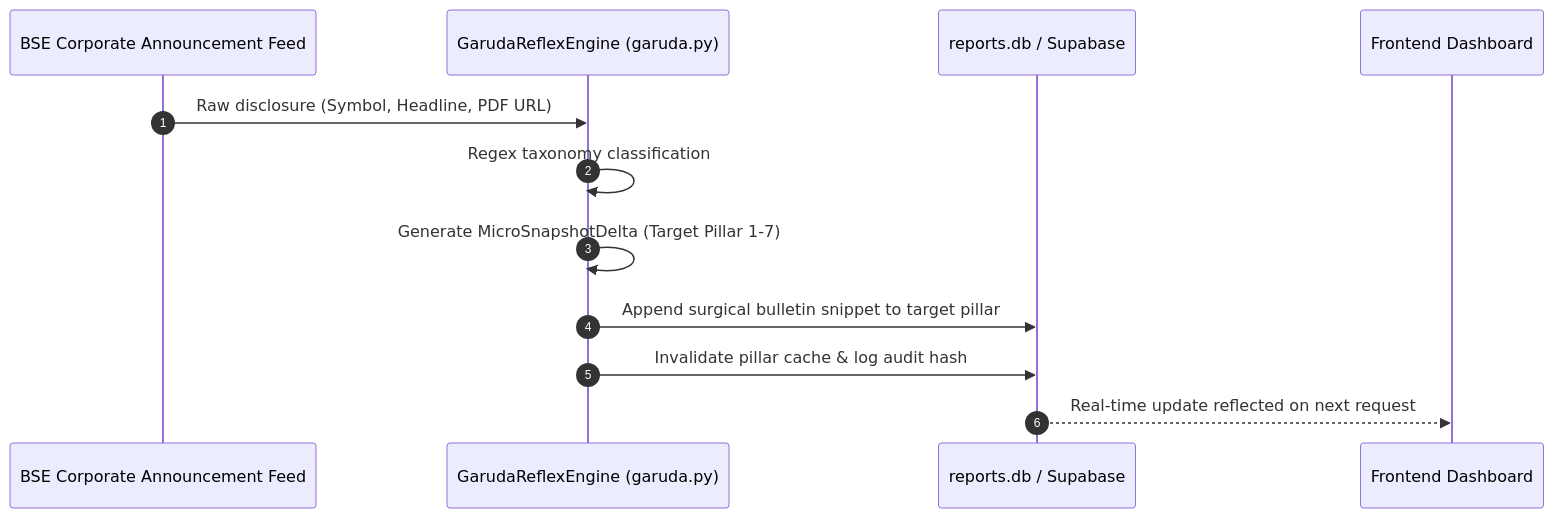
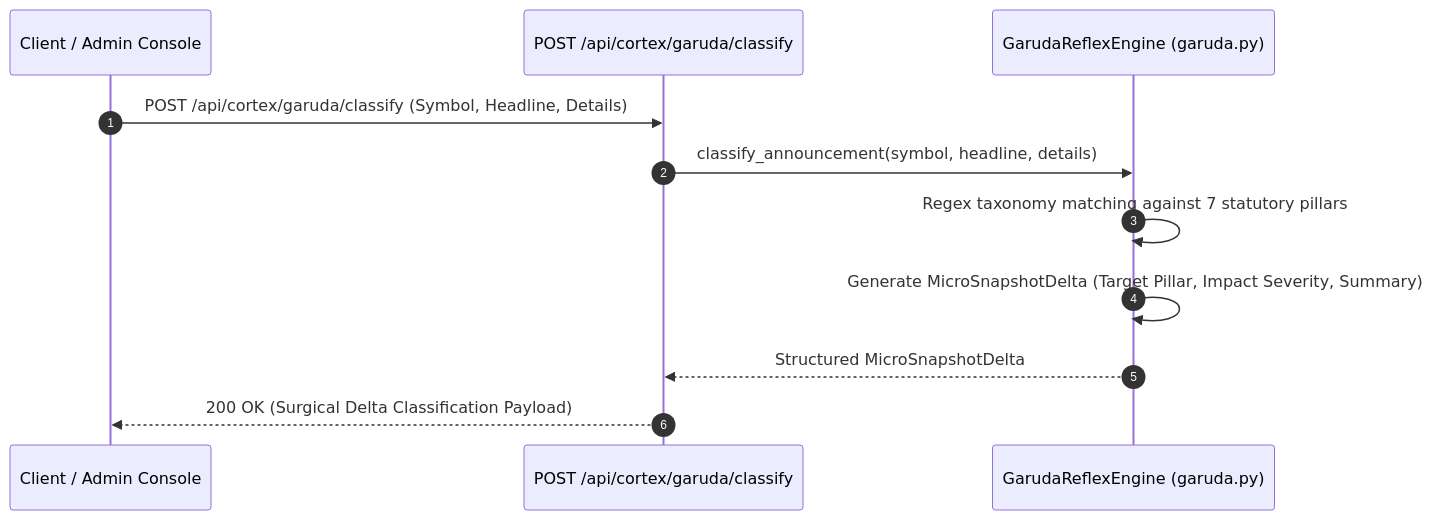
One commit to jaktheripper-bot/Stock_Research_App changed the third of 4 diagrams in docs/MASTER_ENGINEERING_MANUAL.md. Above: the diagram before and after it, drawn with Mermaid. The commit also changed other lines of this file and 4 other files, not shown here.

Commit message:
docs: correct omissions, route errors, and pipeline hallucinations across architecture manuals

````diff
--- a/docs/MASTER_ENGINEERING_MANUAL.md
+++ b/docs/MASTER_ENGINEERING_MANUAL.md
@@ -210,15 +225,14 @@
 ```mermaid
 sequenceDiagram
     autonumber
-    participant Feed as BSE Corporate Announcement Feed
+    participant Client as Client / Admin Console
+    participant Router as POST /api/cortex/garuda/classify
     participant Garuda as GarudaReflexEngine (garuda.py)
-    participant DB as reports.db / Supabase
-    participant Client as Frontend Dashboard
 
-    Feed->>Garuda: Raw disclosure (Symbol, Headline, PDF URL)
-    Garuda->>Garuda: Regex taxonomy classification
-    Garuda->>Garuda: Generate MicroSnapshotDelta (Target Pillar 1-7)
-    Garuda->>DB: Append surgical bulletin snippet to target pillar
-    Garuda->>DB: Invalidate pillar cache & log audit hash
-    DB-->>Client: Real-time update reflected on next request
+    Client->>Router: POST /api/cortex/garuda/classify (Symbol, Headline, Details)
+    Router->>Garuda: classify_announcement(symbol, headline, details)
+    Garuda->>Garuda: Regex taxonomy matching against 7 statutory pillars
+    Garuda->>Garuda: Generate MicroSnapshotDelta (Target Pillar, Impact Severity, Summary)
+    Garuda-->>Router: Structured MicroSnapshotDelta
+    Router-->>Client: 200 OK (Surgical Delta Classification Payload)
 ```
````
